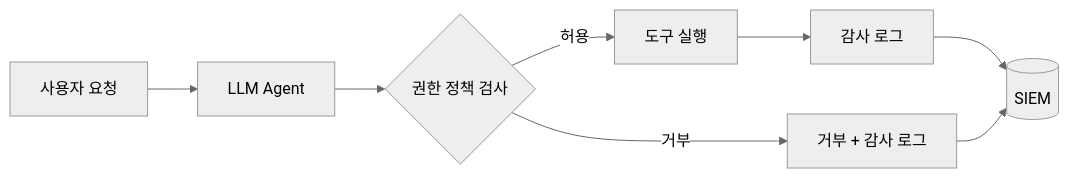
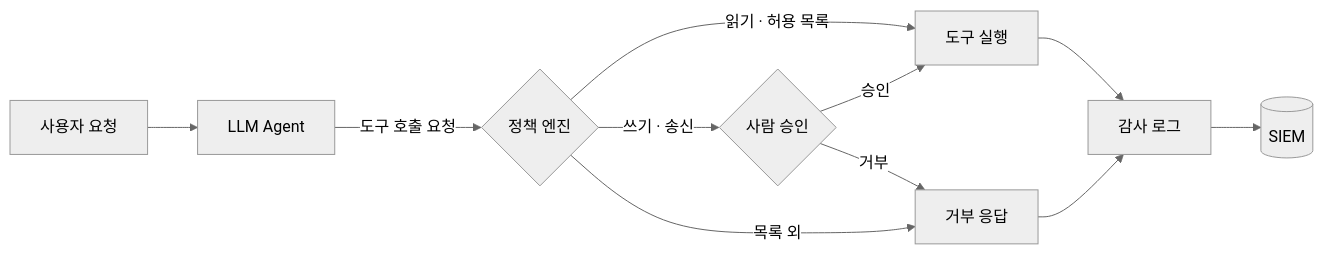
Before and after one commit to dsaedsae/techblog: the diagram in src/content/blog/ai-agent-tool-permissions.mdx, drawn with Mermaid (neutral theme). The commit also changed other lines of this file and 8 other files, not shown here.

````diff
--- a/src/content/blog/ai-agent-tool-permissions.mdx
+++ b/src/content/blog/ai-agent-tool-permissions.mdx
@@ -19,10 +34,13 @@
 ```mermaid
 flowchart LR
     U[사용자 요청] --> A[LLM Agent]
-    A --> P{권한 정책 검사}
-    P -->|허용| T[도구 실행]
-    P -->|거부| D[거부 + 감사 로그]
+    A -->|도구 호출 요청| P{정책 엔진}
+    P -->|읽기 · 허용 목록| T[도구 실행]
+    P -->|쓰기 · 송신| H{사람 승인}
+    H -->|승인| T
+    H -->|거부| D[거부 응답]
+    P -->|목록 외| D
     T --> L[감사 로그]
+    D --> L
     L --> S[(SIEM)]
-    D --> S
 ```
````
